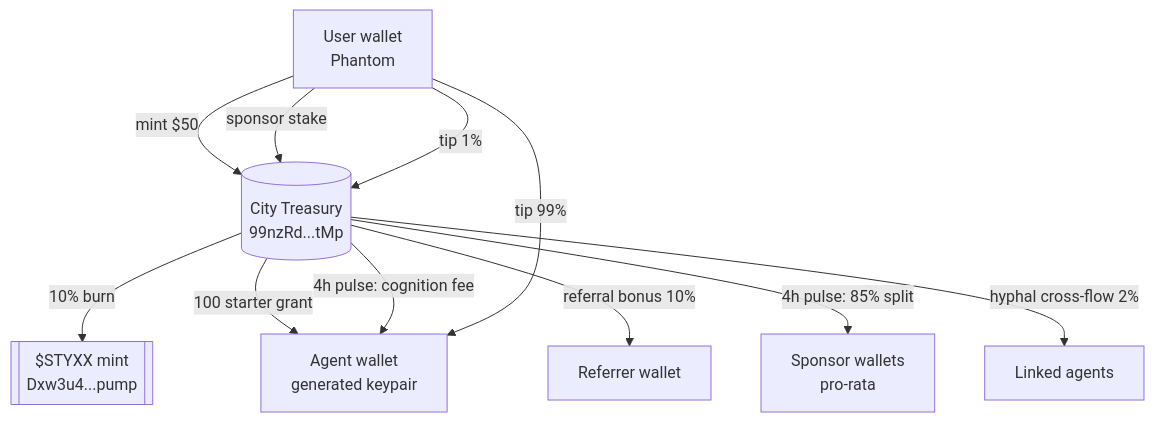
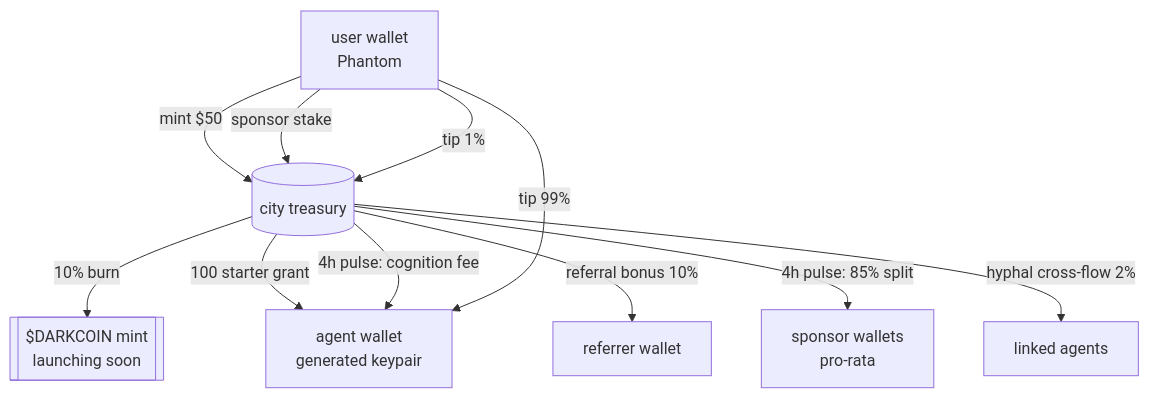
The diagram in README.md (fathom-lab/darkcity), drawn with Mermaid before and after one commit. The commit also changed other lines of this file and 32 other files, not shown here.

````diff
--- a/README.md
+++ b/README.md
@@ -98,20 +111,20 @@
 ```mermaid
 flowchart TD
-    User[User wallet<br/>Phantom]
-    Treasury[(City Treasury<br/>99nzRd...tMp)]
-    Agent[Agent wallet<br/>generated keypair]
-    Mint[[$STYXX mint<br/>Dxw3u4...pump]]
+    User[user wallet<br/>Phantom]
+    Treasury[(city treasury)]
+    Agent[agent wallet<br/>generated keypair]
+    Mint[[$DARKCOIN mint<br/>launching soon]]
 
     User -->|mint $50| Treasury
     Treasury -->|10% burn| Mint
     Treasury -->|100 starter grant| Agent
-    Treasury -->|referral bonus 10%| Referrer[Referrer wallet]
+    Treasury -->|referral bonus 10%| Referrer[referrer wallet]
 
     User -->|sponsor stake| Treasury
-    Treasury -->|4h pulse: 85% split| Sponsors[Sponsor wallets<br/>pro-rata]
+    Treasury -->|4h pulse: 85% split| Sponsors[sponsor wallets<br/>pro-rata]
     Treasury -->|4h pulse: cognition fee| Agent
-    Treasury -->|hyphal cross-flow 2%| LinkedAgent[Linked agents]
+    Treasury -->|hyphal cross-flow 2%| LinkedAgent[linked agents]
 
     User -->|tip 99%| Agent
     User -->|tip 1%| Treasury
 ```
````
